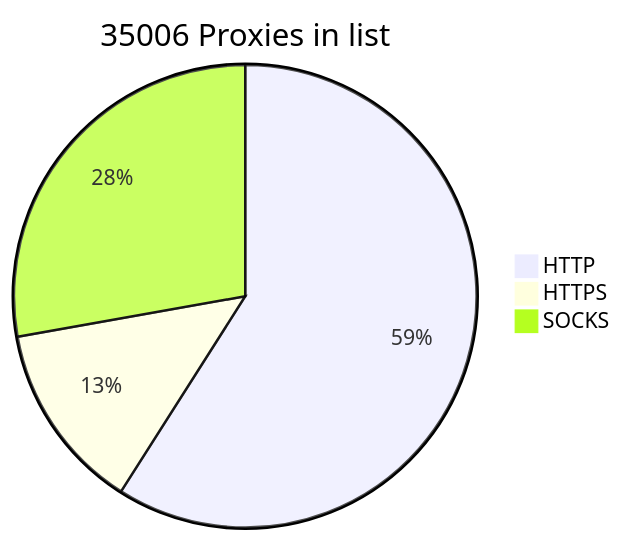
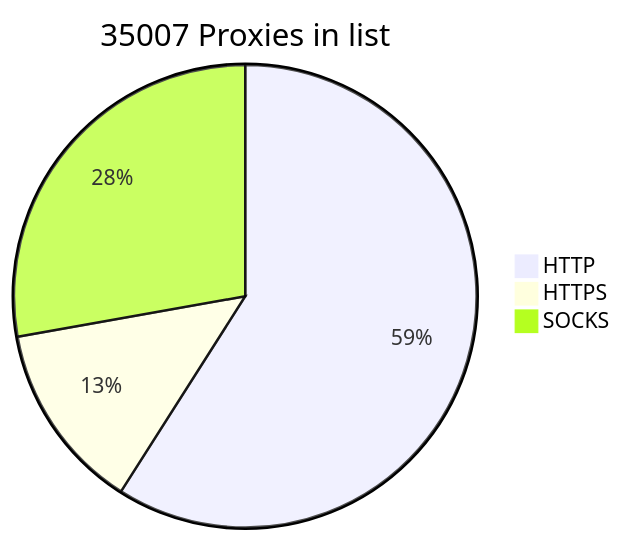
One commit to BlackSnowDot/proxylist-update-every-minute changed the diagram in README.md. Above: the diagram before and after it, drawn with Mermaid.

````diff
--- a/README.md
+++ b/README.md
@@ -2,6 +2,6 @@
 ```mermaid
-pie title 35006 Proxies in list
-    "HTTP" : 22944
-    "HTTPS": 5123
-    "SOCKS" : 10809
+pie title 35007 Proxies in list
+    "HTTP" : 22948
+    "HTTPS": 5122
+    "SOCKS" : 10810
 ```
````
